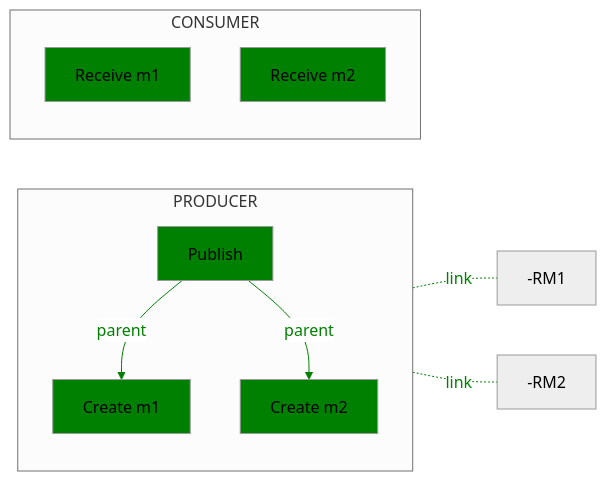
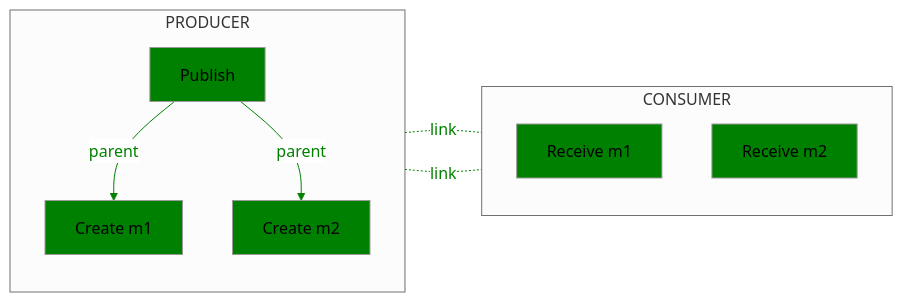
Before and after one commit to open-telemetry/oteps: the ninth of 12 diagrams in text/trace/0220-messaging-semantic-conventions-span-structure.md, drawn with Mermaid (neutral theme). The commit also changed other lines of this file, not shown here.

Commit message:
Fix diagrams

````diff
--- a/text/trace/0220-messaging-semantic-conventions-span-structure.md
+++ b/text/trace/0220-messaging-semantic-conventions-span-structure.md
@@ -512,19 +512,19 @@
 ```mermaid
 flowchart LR;
   subgraph PRODUCER
   direction TB
   P[Publish]-- parent -->CM1[Create m1]
   P-- parent -->CM2[Create m2]
   end
   subgraph CONSUMER
   direction TB
   RM1[Receive m1]
   RM2[Receive m2]
   end
-  CM1-. link .--RM1;
-  CM2-. link .--RM2;
+  CM1-. link .-RM1;
+  CM2-. link .-RM2;
 
   classDef normal fill:green
   class P,CM1,CM2,RM1,RM2 normal
   linkStyle 0,1,2,3 color:green,stroke:green
 ```
````
